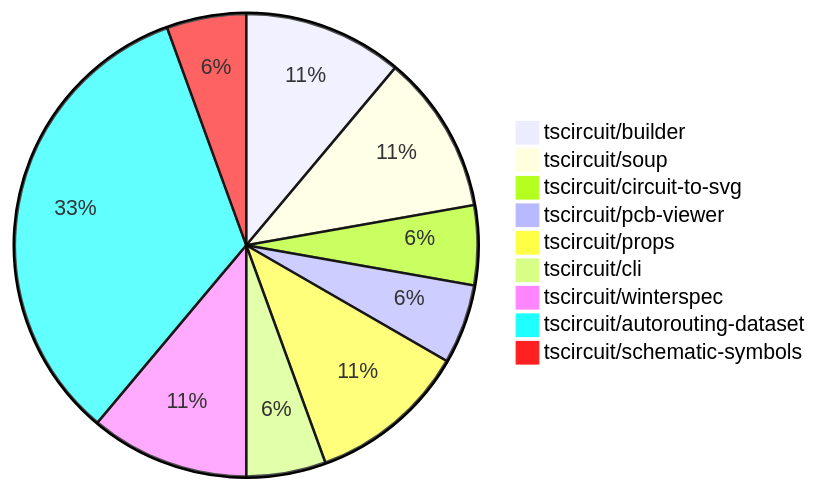
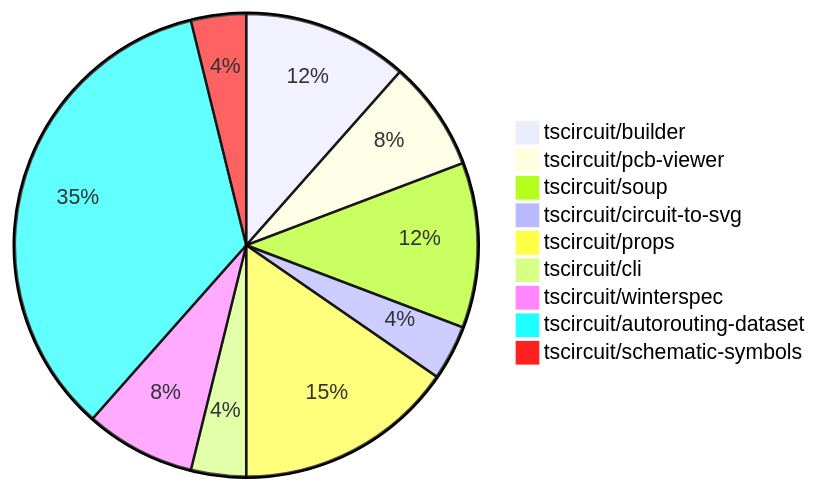
Before and after one commit to tscircuit/contribution-tracker: the diagram in README.md, drawn with Mermaid. The commit also changed other lines of this file and 1 other file, not shown here.

````diff
--- a/README.md
+++ b/README.md
@@ -24,12 +24,12 @@
 ```mermaid
 pie
-    "tscircuit/builder" : 2
-    "tscircuit/soup" : 2
+    "tscircuit/builder" : 3
+    "tscircuit/pcb-viewer" : 2
+    "tscircuit/soup" : 3
     "tscircuit/circuit-to-svg" : 1
-    "tscircuit/pcb-viewer" : 1
-    "tscircuit/props" : 2
+    "tscircuit/props" : 4
     "tscircuit/cli" : 1
     "tscircuit/winterspec" : 2
-    "tscircuit/autorouting-dataset" : 6
+    "tscircuit/autorouting-dataset" : 9
     "tscircuit/schematic-symbols" : 1
 ```
````
